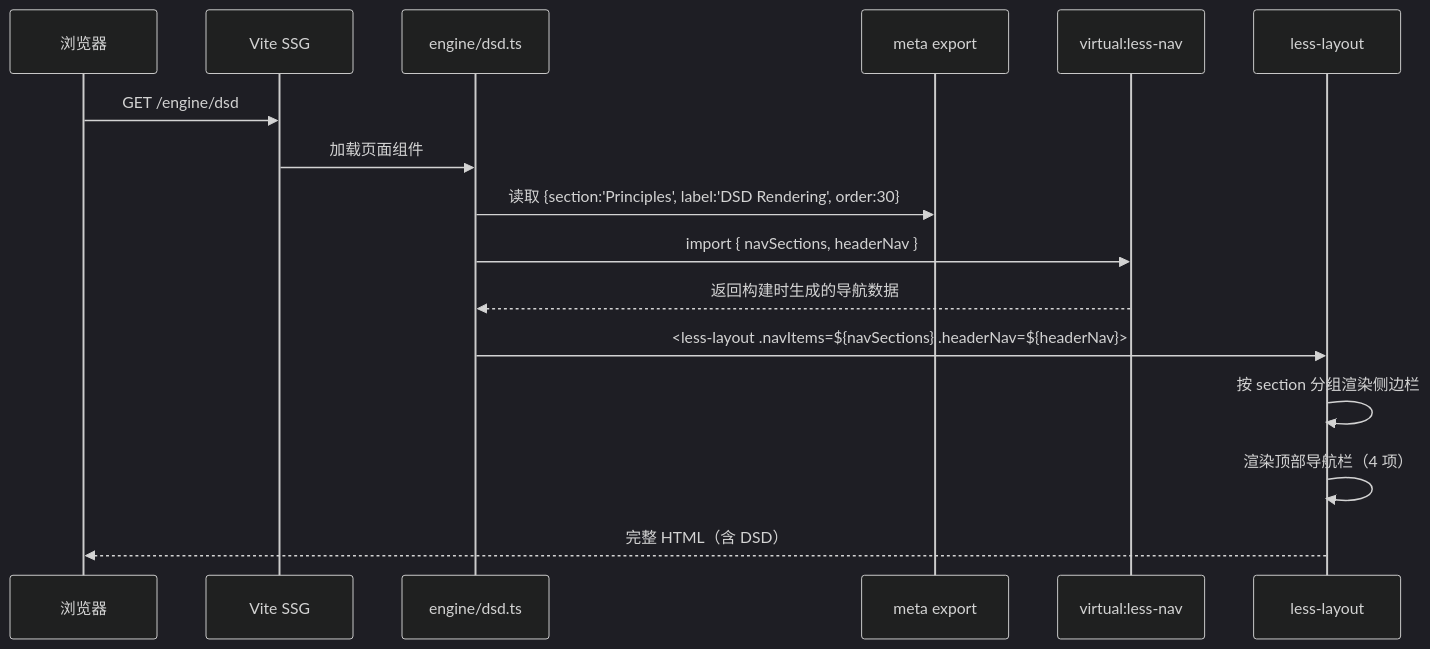
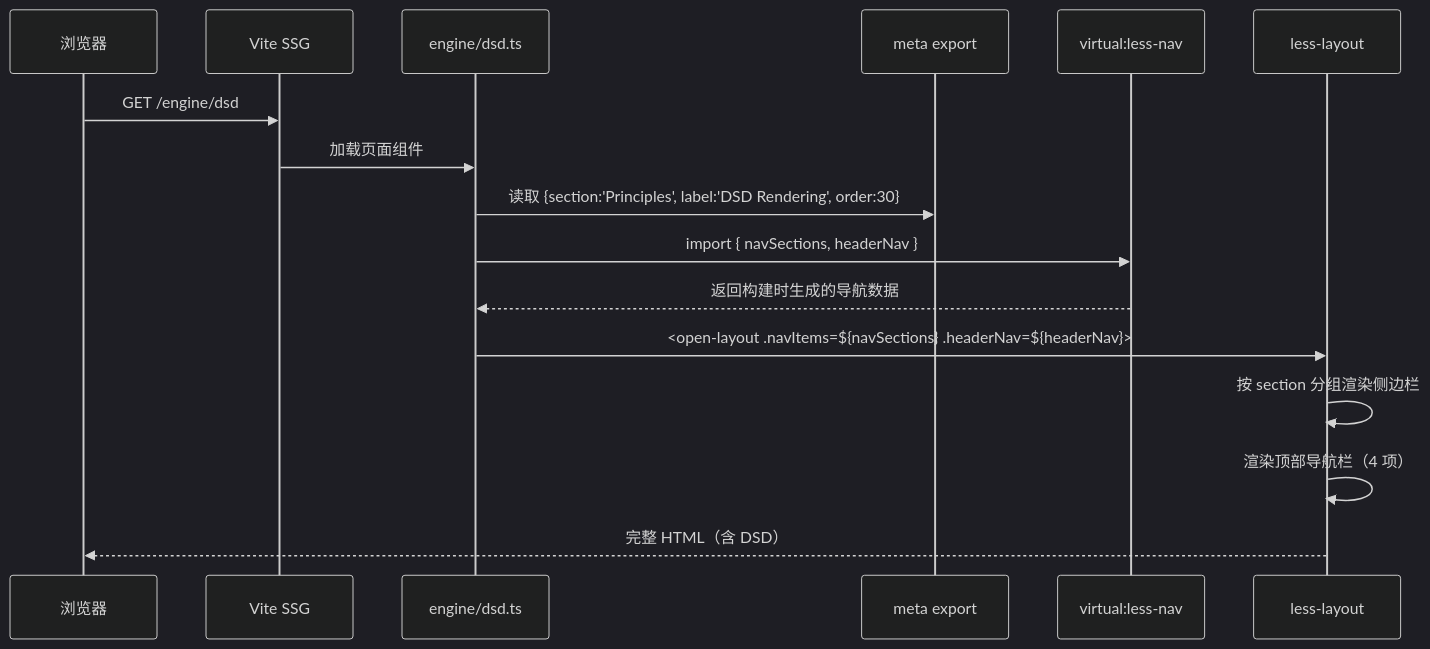
One commit to lessjs-run/lessjs changed the second of 5 diagrams in docs/status/reviews/2026-05-22/20260518-www-audit-architecture.md. Above: the diagram before and after it, drawn with Mermaid (dark theme). The commit also changed other lines of this file and 703 other files, not shown here.

````diff
--- a/docs/status/reviews/2026-05-22/20260518-www-audit-architecture.md
+++ b/docs/status/reviews/2026-05-22/20260518-www-audit-architecture.md
@@ -205,19 +205,19 @@
 ```mermaid
 sequenceDiagram
     participant Browser as 浏览器
     participant Vite as Vite SSG
     participant Route as engine/dsd.ts
     participant Meta as meta export
     participant VirtualNav as virtual:less-nav
     participant Layout as less-layout
 
     Browser->>Vite: GET /engine/dsd
     Vite->>Route: 加载页面组件
     Route->>Meta: 读取 {section:'Principles', label:'DSD Rendering', order:30}
     Route->>VirtualNav: import { navSections, headerNav }
     VirtualNav-->>Route: 返回构建时生成的导航数据
-    Route->>Layout: <less-layout .navItems=${navSections} .headerNav=${headerNav}>
+    Route->>Layout: <open-layout .navItems=${navSections} .headerNav=${headerNav}>
     Layout->>Layout: 按 section 分组渲染侧边栏
     Layout->>Layout: 渲染顶部导航栏（4 项）
     Layout-->>Browser: 完整 HTML（含 DSD）
 ```
````
